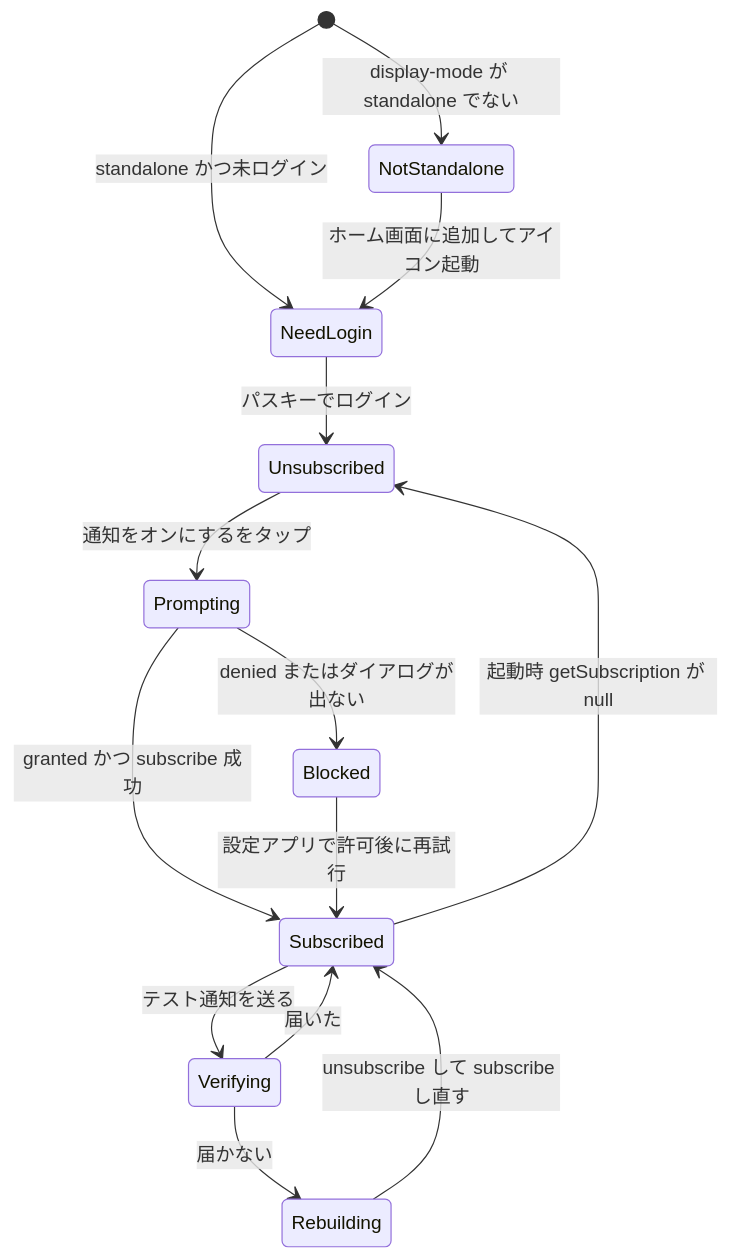
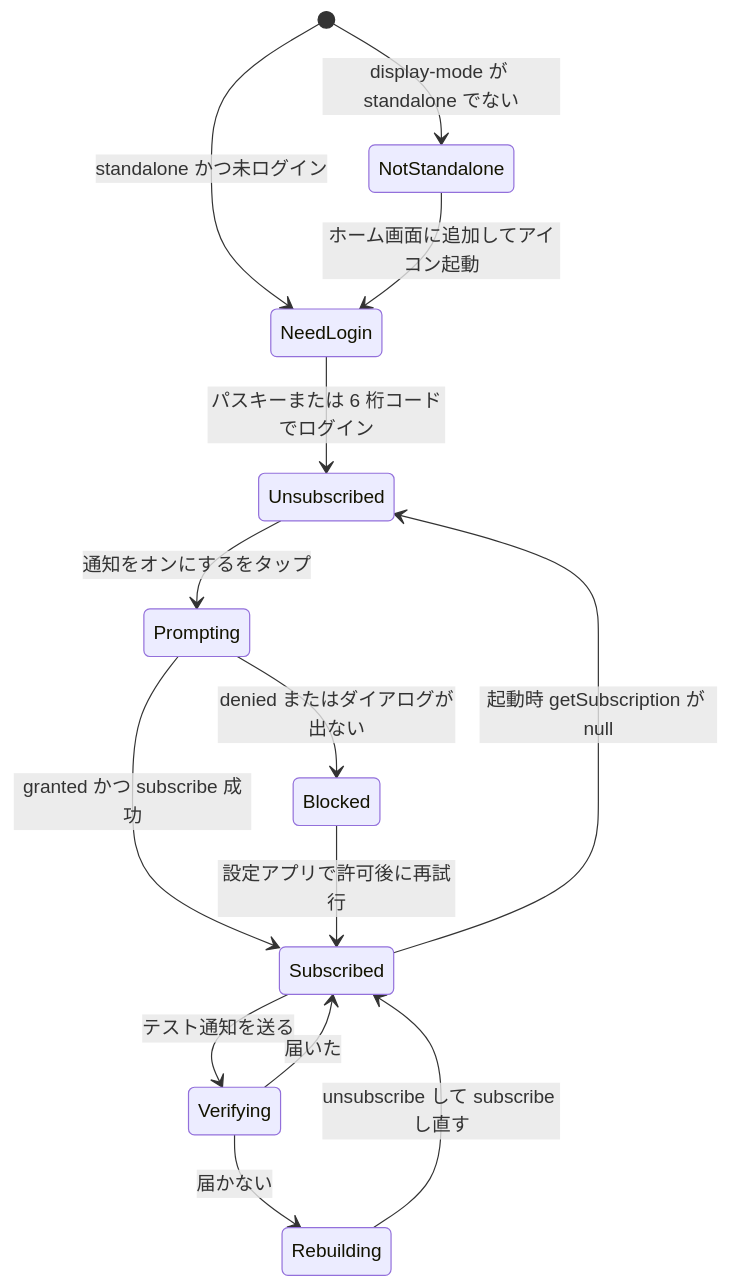
One commit to kaz-ma/barber-booking changed the diagram in docs/03_design/03_screen_specs.md. Above: the diagram before and after it, drawn with Mermaid. The commit also changed other lines of this file and 13 other files, not shown here.

````diff
--- a/docs/03_design/03_screen_specs.md
+++ b/docs/03_design/03_screen_specs.md
@@ -512,16 +528,16 @@
 ```mermaid
 stateDiagram-v2
   [*] --> NotStandalone: display-mode が standalone でない
   [*] --> NeedLogin: standalone かつ未ログイン
   NotStandalone --> NeedLogin: ホーム画面に追加してアイコン起動
-  NeedLogin --> Unsubscribed: パスキーでログイン
+  NeedLogin --> Unsubscribed: パスキーまたは 6 桁コードでログイン
   Unsubscribed --> Prompting: 通知をオンにするをタップ
   Prompting --> Subscribed: granted かつ subscribe 成功
   Prompting --> Blocked: denied またはダイアログが出ない
   Blocked --> Subscribed: 設定アプリで許可後に再試行
   Subscribed --> Unsubscribed: 起動時 getSubscription が null
   Subscribed --> Verifying: テスト通知を送る
   Verifying --> Subscribed: 届いた
   Verifying --> Rebuilding: 届かない
   Rebuilding --> Subscribed: unsubscribe して subscribe し直す
 ```
````
